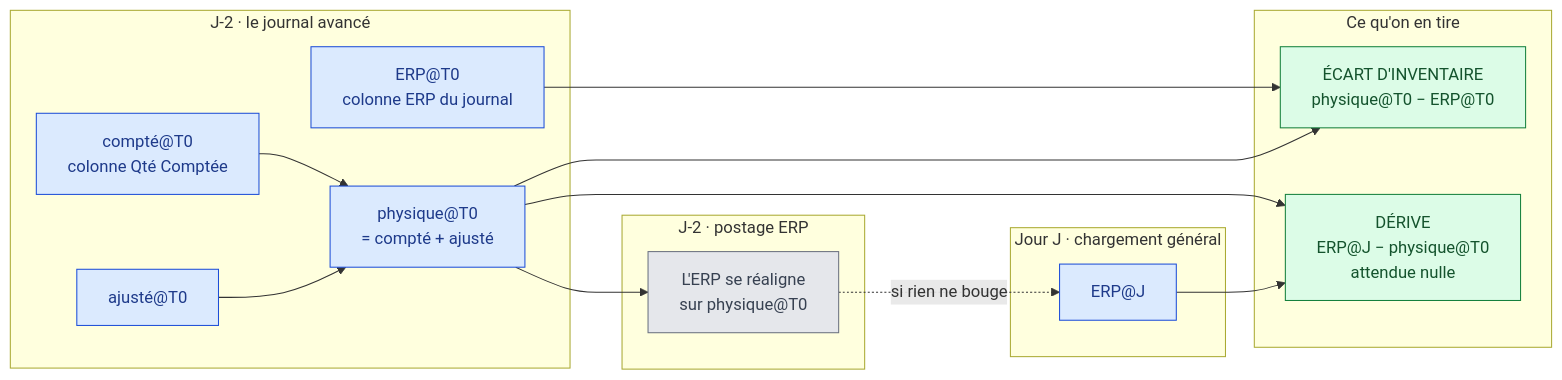
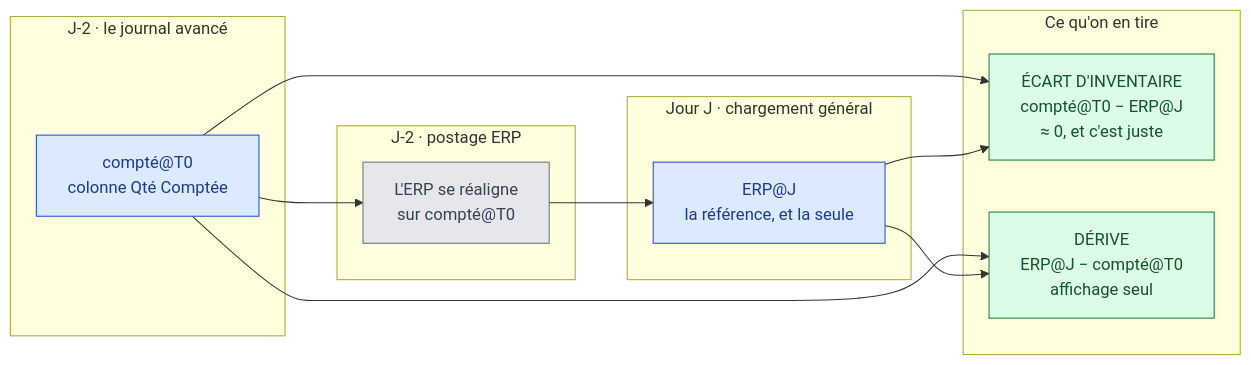
Before and after one commit to yns11/DEV-INV-G: the fourth of 9 diagrams in docs/08-algorigrammes.md, drawn with Mermaid. The commit also changed other lines of this file and 60 other files, not shown here.

````diff
--- a/docs/08-algorigrammes.md
+++ b/docs/08-algorigrammes.md
@@ -157,38 +160,33 @@
 ```mermaid
 flowchart LR
     subgraph T0 ["J-2 · le journal avancé"]
-        A1["ERP@T0<br/>colonne ERP du journal"]
         A2["compté@T0<br/>colonne Qté Comptée"]
-        A3["ajusté@T0"]
-        A4["physique@T0<br/>= compté + ajusté"]
     end
 
     subgraph POST ["J-2 · postage ERP"]
-        A5["L'ERP se réaligne<br/>sur physique@T0"]
+        A5["L'ERP se réaligne<br/>sur compté@T0"]
     end
 
     subgraph JJ ["Jour J · chargement général"]
-        B1["ERP@J"]
+        B1["ERP@J<br/>la référence, et la seule"]
     end
 
     subgraph R ["Ce qu'on en tire"]
-        C1["ÉCART D'INVENTAIRE<br/>physique@T0 − ERP@T0"]
-        C2["DÉRIVE<br/>ERP@J − physique@T0<br/>attendue nulle"]
+        C1["ÉCART D'INVENTAIRE<br/>compté@T0 − ERP@J<br/>≈ 0, et c'est juste"]
+        C2["DÉRIVE<br/>ERP@J − compté@T0<br/>affichage seul"]
     end
 
-    A2 --> A4
-    A3 --> A4
-    A4 --> A5
-    A1 --> C1
-    A4 --> C1
-    A4 --> C2
+    A2 --> A5
+    A5 --> B1
+    A2 --> C1
+    B1 --> C1
+    A2 --> C2
     B1 --> C2
-    A5 -.->|"si rien ne bouge"| B1
 
     classDef q fill:#dbeafe,stroke:#1d4ed8,color:#1e3a8a
     classDef erp fill:#e5e7eb,stroke:#6b7280,color:#374151
     classDef r fill:#dcfce7,stroke:#15803d,color:#14532d
-    class A1,A2,A3,A4,B1 q
+    class A2,B1 q
     class A5 erp
     class C1,C2 r
 ```
````
